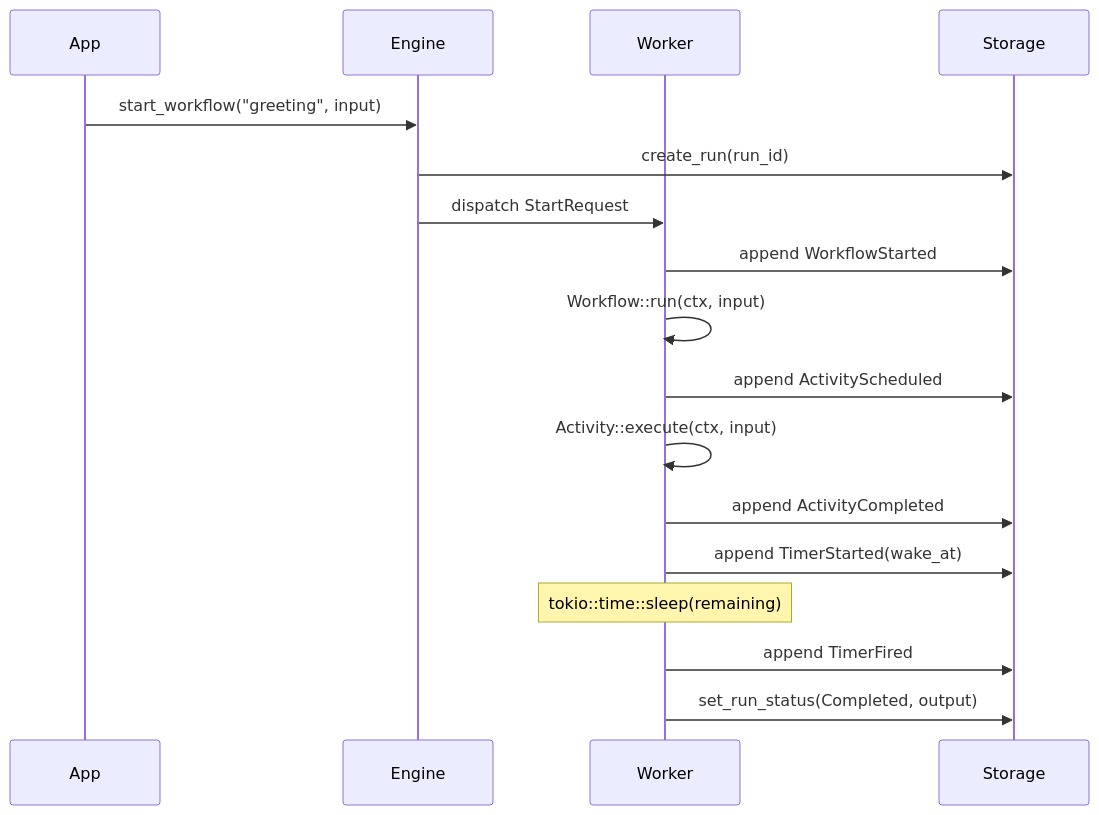
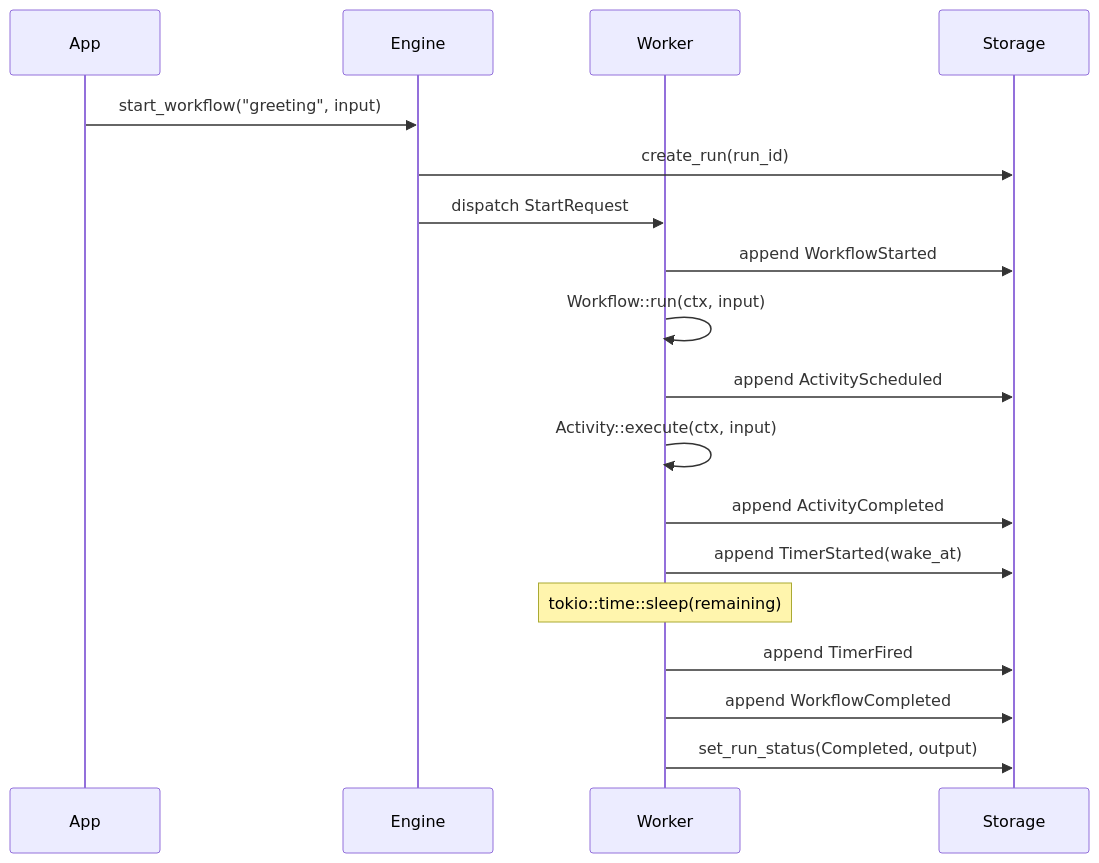
The first of 3 diagrams in README.md (FalkMaximilian/gears), drawn with Mermaid before and after one commit. The commit also changed other lines of this file and 14 other files, not shown here.

````diff
--- a/README.md
+++ b/README.md
@@ -9,24 +9,25 @@
 ```mermaid
 sequenceDiagram
     participant App
     participant Engine
     participant Worker
     participant Storage
 
     App->>Engine: start_workflow("greeting", input)
     Engine->>Storage: create_run(run_id)
     Engine->>Worker: dispatch StartRequest
 
     Worker->>Storage: append WorkflowStarted
     Worker->>Worker: Workflow::run(ctx, input)
 
     Worker->>Storage: append ActivityScheduled
     Worker->>Worker: Activity::execute(ctx, input)
     Worker->>Storage: append ActivityCompleted
 
     Worker->>Storage: append TimerStarted(wake_at)
     Note over Worker: tokio::time::sleep(remaining)
     Worker->>Storage: append TimerFired
 
+    Worker->>Storage: append WorkflowCompleted
     Worker->>Storage: set_run_status(Completed, output)
 ```
````
